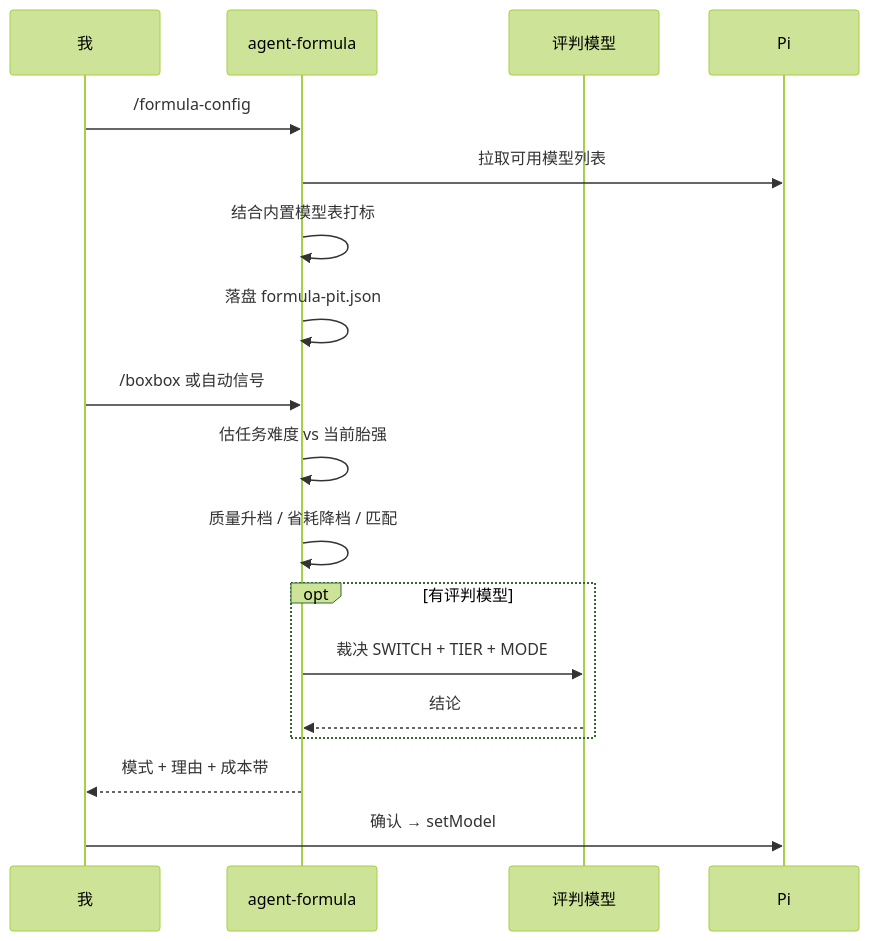
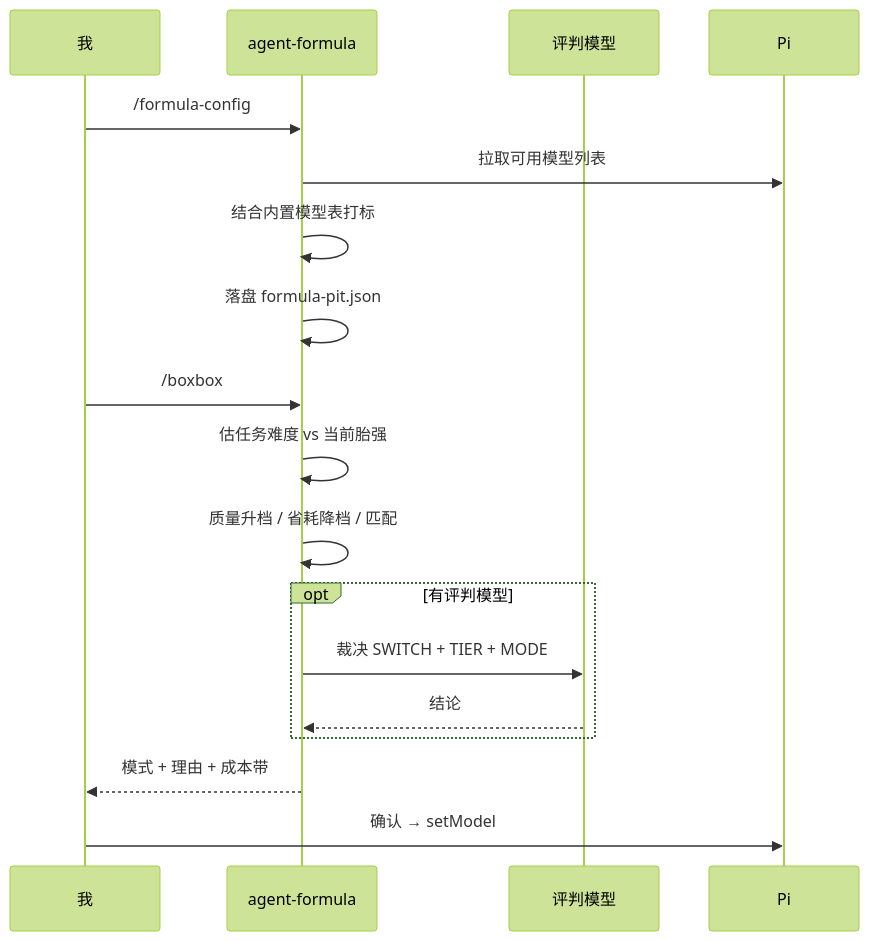
The diagram in pi-agent-formula/README.md (MasonChow/pi-hub), drawn with Mermaid (forest theme) before and after one commit. The commit also changed other lines of this file and 1 other file, not shown here.

First line of the commit message:
refactor(pi-agent-formula): drop auto-trigger logic, keep manual /boxbox (#6)

````diff
--- a/pi-agent-formula/README.md
+++ b/pi-agent-formula/README.md
@@ -93,21 +91,21 @@
 ```mermaid
 sequenceDiagram
   participant U as 我
   participant F as agent-formula
   participant J as 评判模型
   participant Pi as Pi
 
   U->>F: /formula-config
   F->>Pi: 拉取可用模型列表
   F->>F: 结合内置模型表打标
   F->>F: 落盘 formula-pit.json
-  U->>F: /boxbox 或自动信号
+  U->>F: /boxbox
   F->>F: 估任务难度 vs 当前胎强
   F->>F: 质量升档 / 省耗降档 / 匹配
   opt 有评判模型
     F->>J: 裁决 SWITCH + TIER + MODE
     J-->>F: 结论
   end
   F-->>U: 模式 + 理由 + 成本带
   U->>Pi: 确认 → setModel
 ```
````
